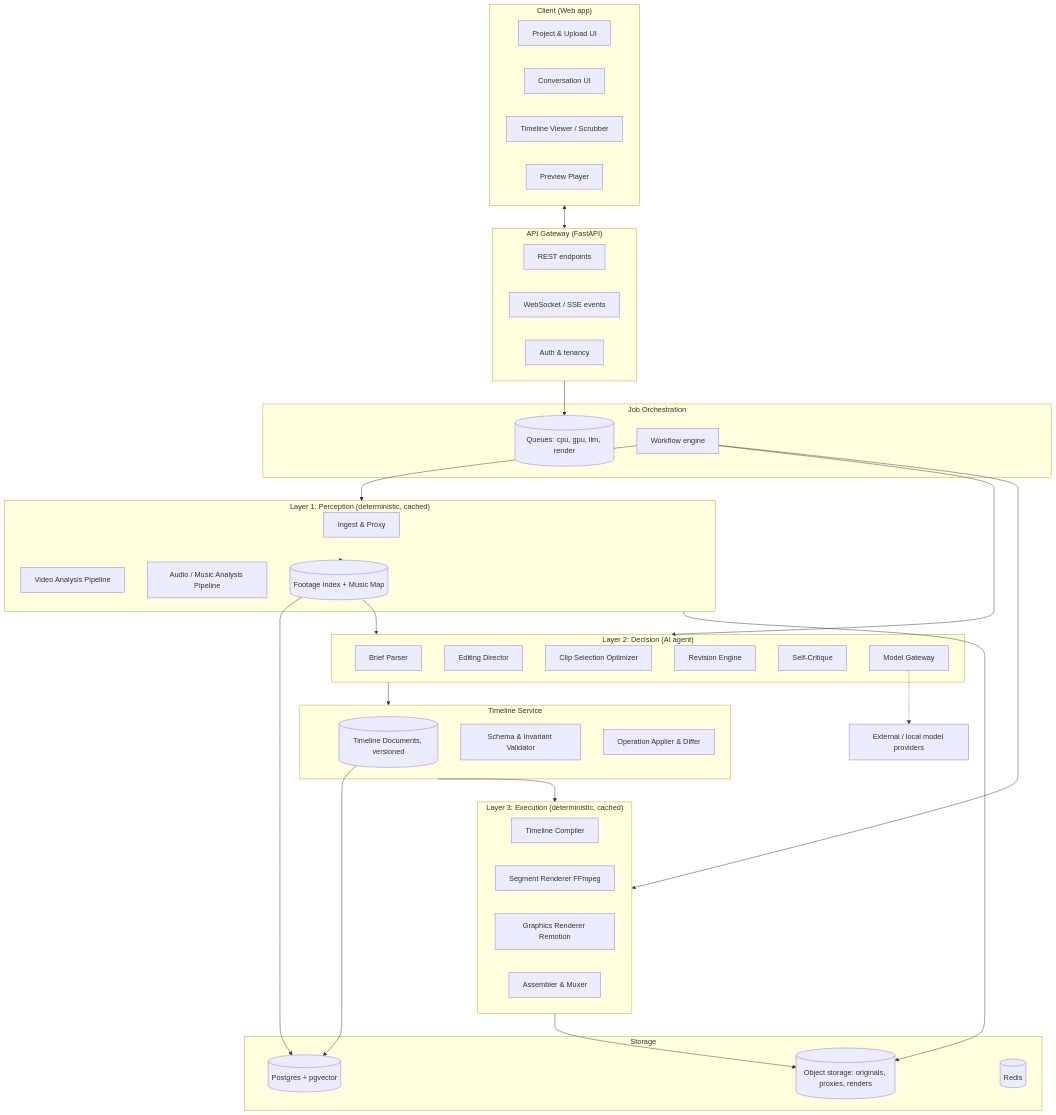
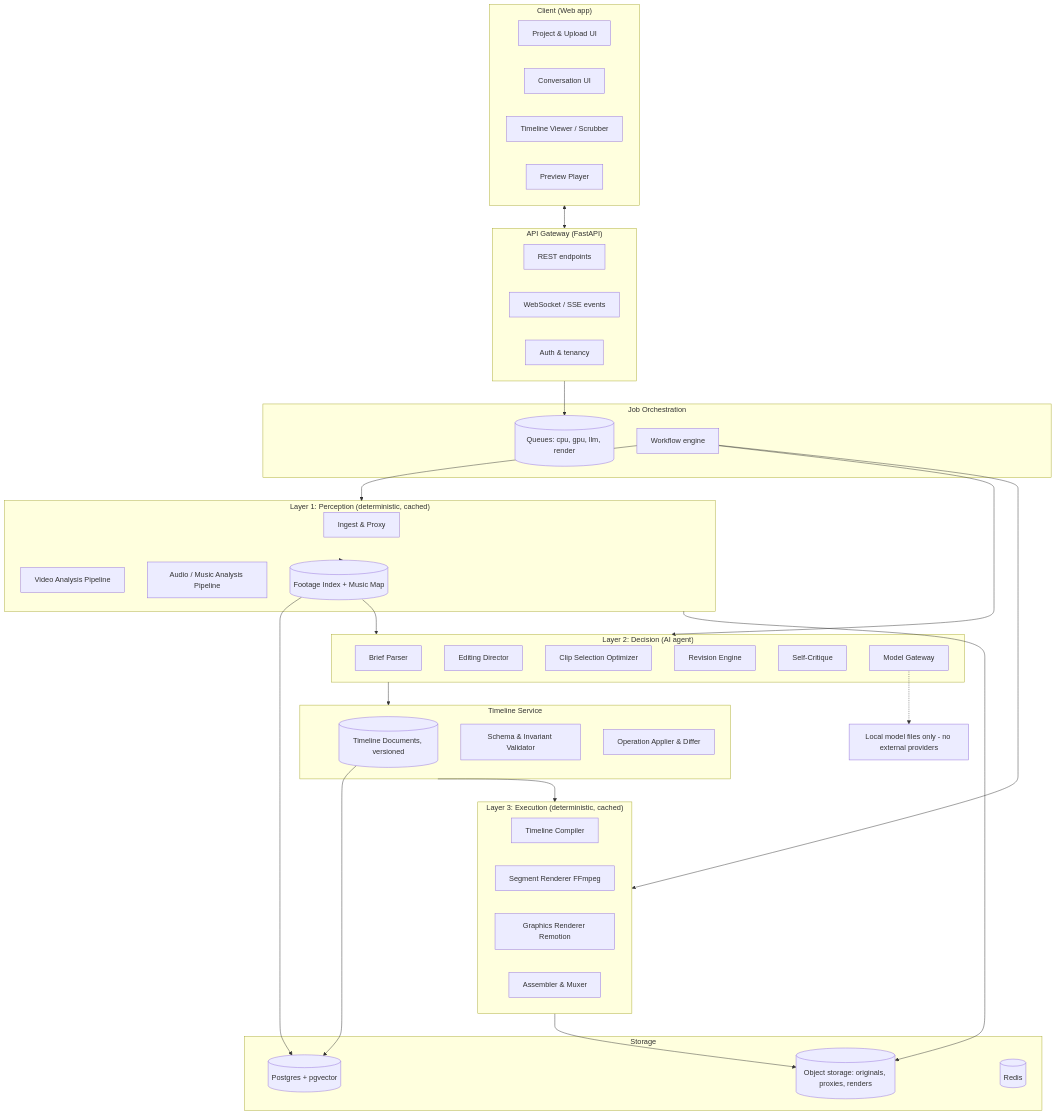
Before and after one commit to yourentertainments10-coder/Video-Editor: the first of 2 diagrams in docs/ARCHITECTURE.md, drawn with Mermaid. The commit also changed other lines of this file and 48 other files, not shown here.

````diff
--- a/docs/ARCHITECTURE.md
+++ b/docs/ARCHITECTURE.md
@@ -198,70 +211,70 @@
 ```mermaid
 flowchart TB
     subgraph Client["Client (Web app)"]
         UI[Project & Upload UI]
         Chat[Conversation UI]
         TL[Timeline Viewer / Scrubber]
         Player[Preview Player]
     end
 
     subgraph API["API Gateway (FastAPI)"]
         REST[REST endpoints]
         WS[WebSocket / SSE events]
         Auth[Auth & tenancy]
     end
 
     subgraph Orchestration["Job Orchestration"]
         Q[(Queues: cpu, gpu, llm, render)]
         Sched[Workflow engine]
     end
 
     subgraph Perceive["Layer 1: Perception (deterministic, cached)"]
         Ingest[Ingest & Proxy]
         VA[Video Analysis Pipeline]
         AA[Audio / Music Analysis Pipeline]
         Idx[(Footage Index + Music Map)]
     end
 
     subgraph Decide["Layer 2: Decision (AI agent)"]
         Brief[Brief Parser]
         Director[Editing Director]
         Cutter[Clip Selection Optimizer]
         Reviser[Revision Engine]
         Critic[Self-Critique]
         Gateway[Model Gateway]
     end
 
     subgraph Timeline["Timeline Service"]
         Doc[(Timeline Documents, versioned)]
         Val[Schema & Invariant Validator]
         Ops[Operation Applier & Differ]
     end
 
     subgraph Execute["Layer 3: Execution (deterministic, cached)"]
         Compile[Timeline Compiler]
         Seg[Segment Renderer FFmpeg]
         GFX[Graphics Renderer Remotion]
         Mux[Assembler & Muxer]
     end
 
     subgraph Storage["Storage"]
         OBJ[(Object storage: originals, proxies, renders)]
         DB[(Postgres + pgvector)]
         Cache[(Redis)]
     end
 
     Client <--> API
     API --> Q
     Sched --> Perceive
     Sched --> Decide
     Sched --> Execute
     Perceive --> Idx
     Idx --> Decide
     Decide --> Timeline
     Timeline --> Execute
     Execute --> OBJ
     Perceive --> OBJ
     Idx --> DB
     Doc --> DB
-    Gateway -.-> ExtLLM[External / local model providers]
+    Gateway -.-> ExtLLM[Local model files only - no external providers]
 ```
````
